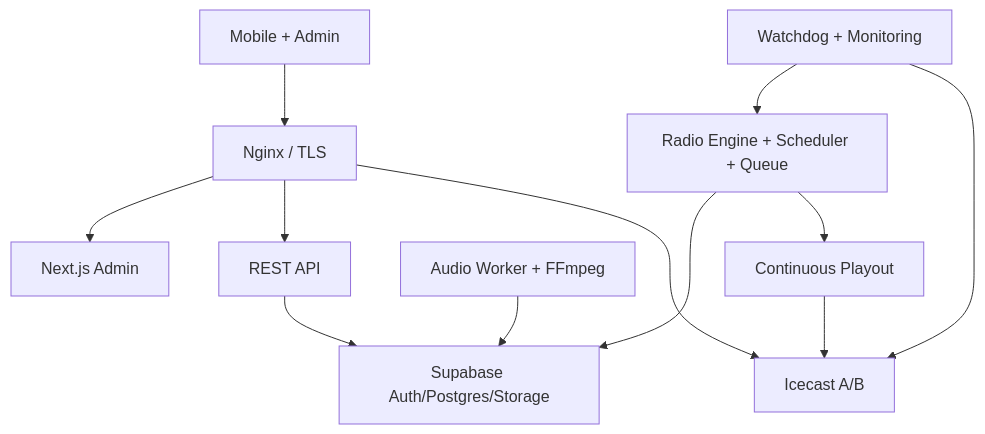
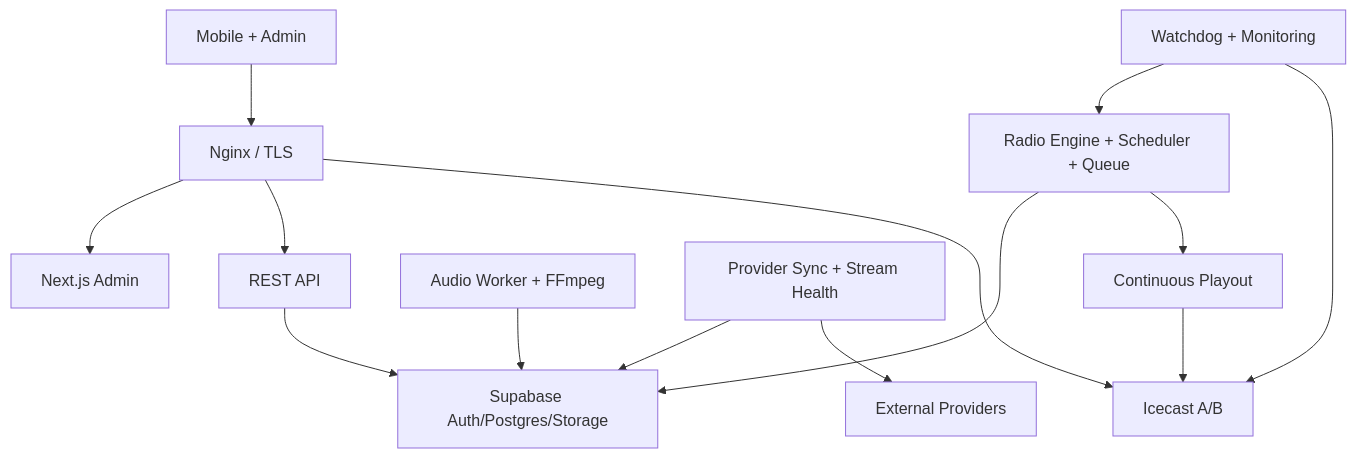
The diagram in docs/DEPLOYMENT.md (Mtzallqmy/Quran-yomk), drawn with Mermaid before and after one commit. The commit also changed other lines of this file and 16 other files, not shown here.

Commit message:
docs: design external radio provider integration

````diff
--- a/docs/DEPLOYMENT.md
+++ b/docs/DEPLOYMENT.md
@@ -5,14 +5,16 @@
 ```mermaid
 flowchart TB
   Clients["Mobile + Admin"] --> Nginx["Nginx / TLS"]
   Nginx --> Admin["Next.js Admin"]
   Nginx --> API["REST API"]
   API --> Supa["Supabase Auth/Postgres/Storage"]
   Worker["Audio Worker + FFmpeg"] --> Supa
+  External["Provider Sync + Stream Health"] --> Supa
+  External --> Providers["External Providers"]
   Engine["Radio Engine + Scheduler + Queue"] --> Supa
   Engine --> Playout["Continuous Playout"]
   Playout --> Icecast["Icecast A/B"]
   Nginx --> Icecast
   Watchdog["Watchdog + Monitoring"] --> Engine
   Watchdog --> Icecast
 ```
````
